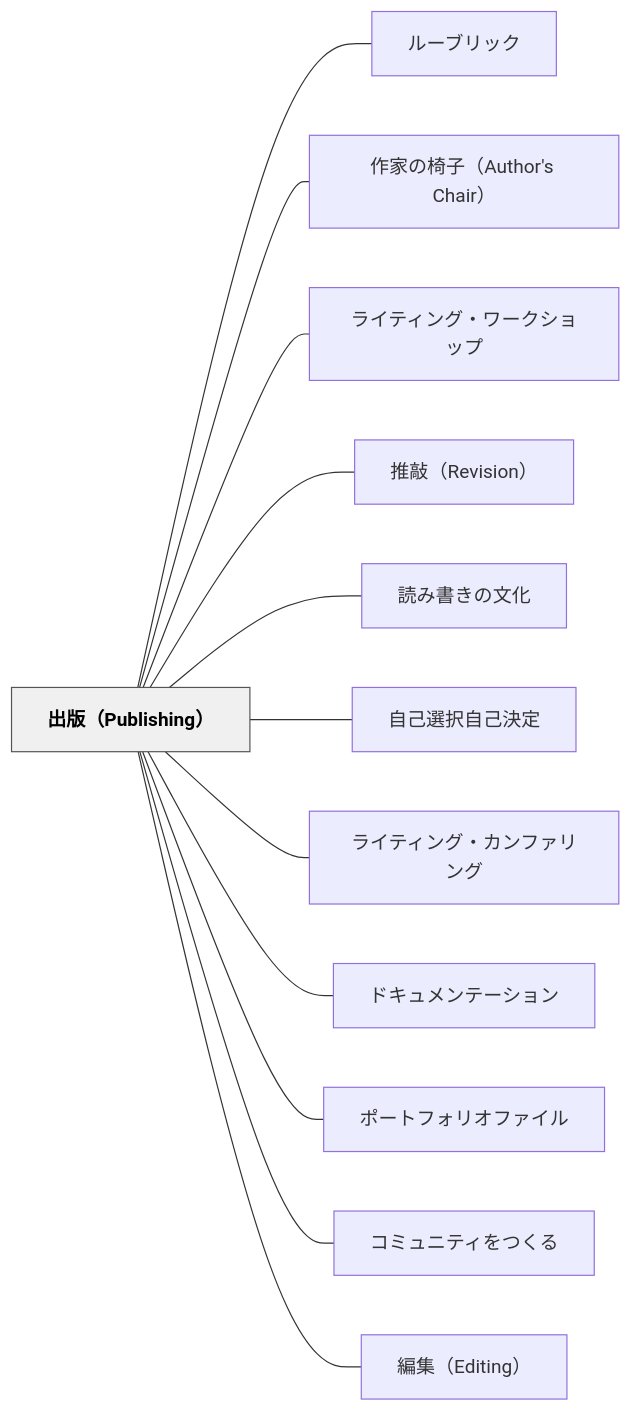
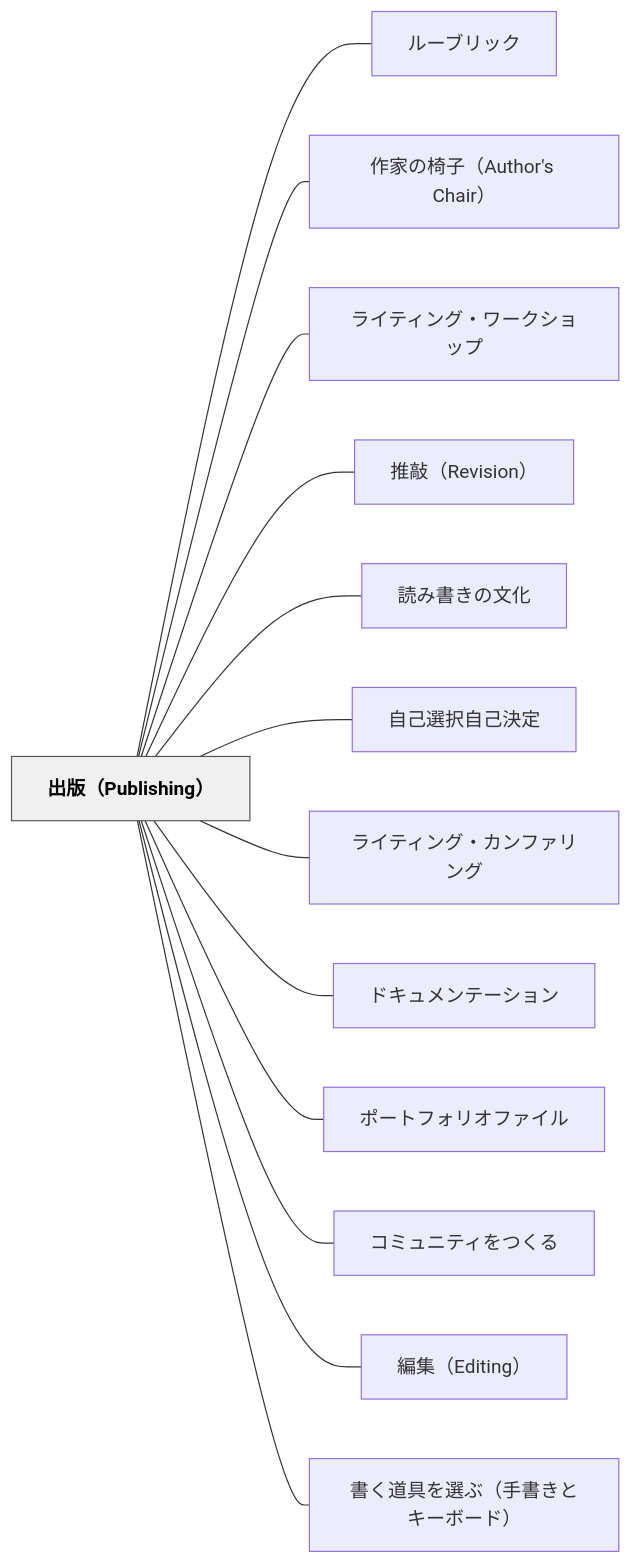
One commit to unknownthings-ed-patterns/unknownthings-ed-patterns changed the diagram in content/パタン/出版（Publishing）.md. Above: the diagram before and after it, drawn with Mermaid. The commit also changed other lines of this file and 10 other files, not shown here.

````diff
--- a/content/パタン/出版（Publishing）.md
+++ b/content/パタン/出版（Publishing）.md
@@ -161,30 +162,32 @@
 ```mermaid
 flowchart LR
     ne587bae78988efbc885075626c697368696e67efbc89["出版（Publishing）"]
     ne383abe383bce38396e383aae38383e382af["ルーブリック"]
     ne4bd9ce5aeb6e381aee6a485e5ad90efbc88417574686f722773204368616972efbc89["作家の椅子（Author's Chair）"]
     ne383a9e382a4e38386e382a3e383b3e382b0e383bbe383afe383bce382afe382b7e383a7e38383e38397["ライティング・ワークショップ"]
     ne68ea8e695b2efbc885265766973696f6eefbc89["推敲（Revision）"]
     ne8aaade381bfe69bb8e3818de381aee69687e58c96["読み書きの文化"]
     ne887aae5b7b1e981b8e68a9ee887aae5b7b1e6b1bae5ae9a["自己選択自己決定"]
     ne383a9e382a4e38386e382a3e383b3e382b0e383bbe382abe383b3e38395e382a1e383aae383b3e382b0["ライティング・カンファリング"]
     ne38389e382ade383a5e383a1e383b3e38386e383bce382b7e383a7e383b3["ドキュメンテーション"]
     ne3839de383bce38388e38395e382a9e383aae382aae38395e382a1e382a4e383ab["ポートフォリオファイル"]
     ne382b3e3839fe383a5e3838be38386e382a3e38292e381a4e3818fe3828b["コミュニティをつくる"]
     ne7b7a8e99b86efbc8845646974696e67efbc89["編集（Editing）"]
+    ne69bb8e3818fe98193e585b7e38292e981b8e381b6efbc88e6898be69bb8e3818de381a8e382ade383bce3839ce383bce38389efbc89["書く道具を選ぶ（手書きとキーボード）"]
 
     ne587bae78988efbc885075626c697368696e67efbc89 --- ne383abe383bce38396e383aae38383e382af
     ne587bae78988efbc885075626c697368696e67efbc89 --- ne4bd9ce5aeb6e381aee6a485e5ad90efbc88417574686f722773204368616972efbc89
     ne587bae78988efbc885075626c697368696e67efbc89 --- ne383a9e382a4e38386e382a3e383b3e382b0e383bbe383afe383bce382afe382b7e383a7e38383e38397
     ne587bae78988efbc885075626c697368696e67efbc89 --- ne68ea8e695b2efbc885265766973696f6eefbc89
     ne587bae78988efbc885075626c697368696e67efbc89 --- ne8aaade381bfe69bb8e3818de381aee69687e58c96
     ne587bae78988efbc885075626c697368696e67efbc89 --- ne887aae5b7b1e981b8e68a9ee887aae5b7b1e6b1bae5ae9a
     ne587bae78988efbc885075626c697368696e67efbc89 --- ne383a9e382a4e38386e382a3e383b3e382b0e383bbe382abe383b3e38395e382a1e383aae383b3e382b0
     ne587bae78988efbc885075626c697368696e67efbc89 --- ne38389e382ade383a5e383a1e383b3e38386e383bce382b7e383a7e383b3
     ne587bae78988efbc885075626c697368696e67efbc89 --- ne3839de383bce38388e38395e382a9e383aae382aae38395e382a1e382a4e383ab
     ne587bae78988efbc885075626c697368696e67efbc89 --- ne382b3e3839fe383a5e3838be38386e382a3e38292e381a4e3818fe3828b
     ne587bae78988efbc885075626c697368696e67efbc89 --- ne7b7a8e99b86efbc8845646974696e67efbc89
+    ne587bae78988efbc885075626c697368696e67efbc89 --- ne69bb8e3818fe98193e585b7e38292e981b8e381b6efbc88e6898be69bb8e3818de381a8e382ade383bce3839ce383bce38389efbc89
 
     classDef hub fill:#f0f0f0,stroke:#555,color:#000,font-weight:bold
     class ne587bae78988efbc885075626c697368696e67efbc89 hub
 ```
````
